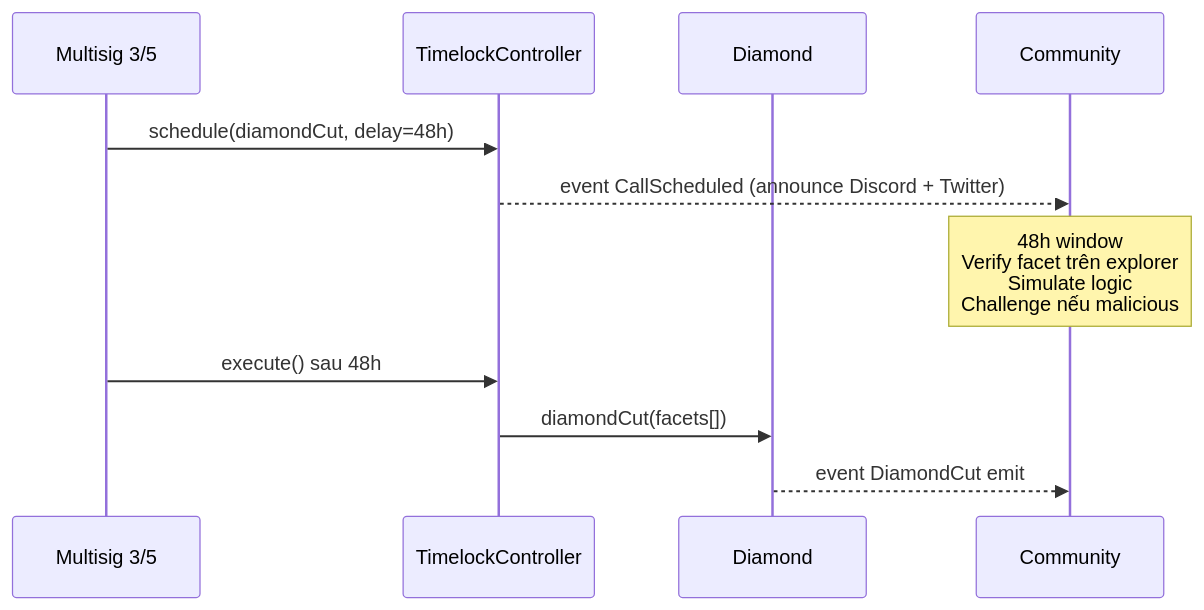
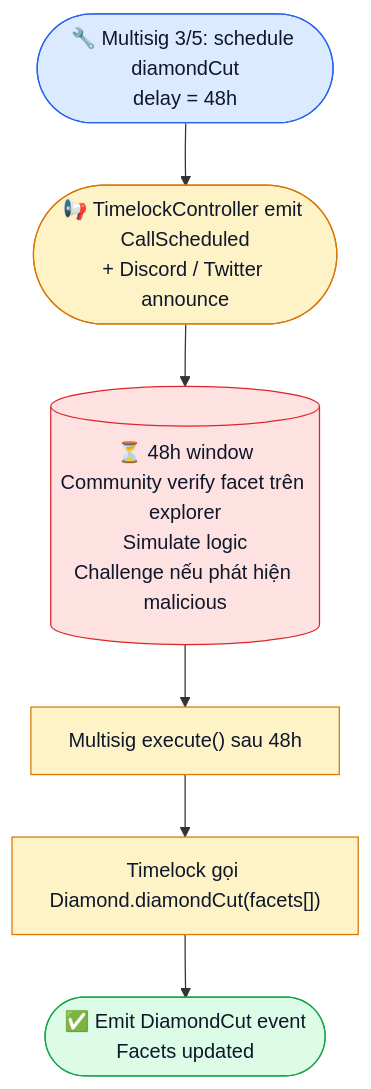
Before and after one commit to PrediX-Protocol/predix-docs: the second of 3 diagrams in vi_v6/giao-thuc/bao-mat.md, drawn with Mermaid. The commit also changed 17 other files, not shown here.

First line of the commit message:
docs(vi_v6): convert all 22 sequenceDiagram → flowchart TD (no overlap UX issue)

````diff
--- a/vi_v6/giao-thuc/bao-mat.md
+++ b/vi_v6/giao-thuc/bao-mat.md
@@ -71,14 +71,18 @@
 ```mermaid
-sequenceDiagram
-    participant M as Multisig 3/5
-    participant T as TimelockController
-    participant D as Diamond
-    participant C as Community
+flowchart TD
+    Start(["🔧 Multisig 3/5: schedule diamondCut<br/>delay = 48h"])
+    Start --> S1(["📢 TimelockController emit CallScheduled<br/>+ Discord / Twitter announce"])
+    S1 --> Wait[("⏳ 48h window<br/>Community verify facet trên explorer<br/>Simulate logic<br/>Challenge nếu phát hiện malicious")]
+    Wait --> S2["Multisig execute() sau 48h"]
+    S2 --> S3["Timelock gọi Diamond.diamondCut(facets[])"]
+    S3 --> End(["✅ Emit DiamondCut event<br/>Facets updated"])
 
-    M->>T: schedule(diamondCut, delay=48h)
-    T-->>C: event CallScheduled (announce Discord + Twitter)
-    Note over C: 48h window<br/>Verify facet trên explorer<br/>Simulate logic<br/>Challenge nếu malicious
-    M->>T: execute() sau 48h
-    T->>D: diamondCut(facets[])
-    D-->>C: event DiamondCut emit
+    classDef admin fill:#dbeafe,stroke:#2563eb,color:#0f172a
+    classDef step fill:#fef3c7,stroke:#d97706,color:#0f172a
+    classDef wait fill:#fee2e2,stroke:#dc2626,color:#0f172a
+    classDef ok fill:#dcfce7,stroke:#16a34a,color:#0f172a
+    class Start admin
+    class S1,S2,S3 step
+    class Wait wait
+    class End ok
 ```
````
